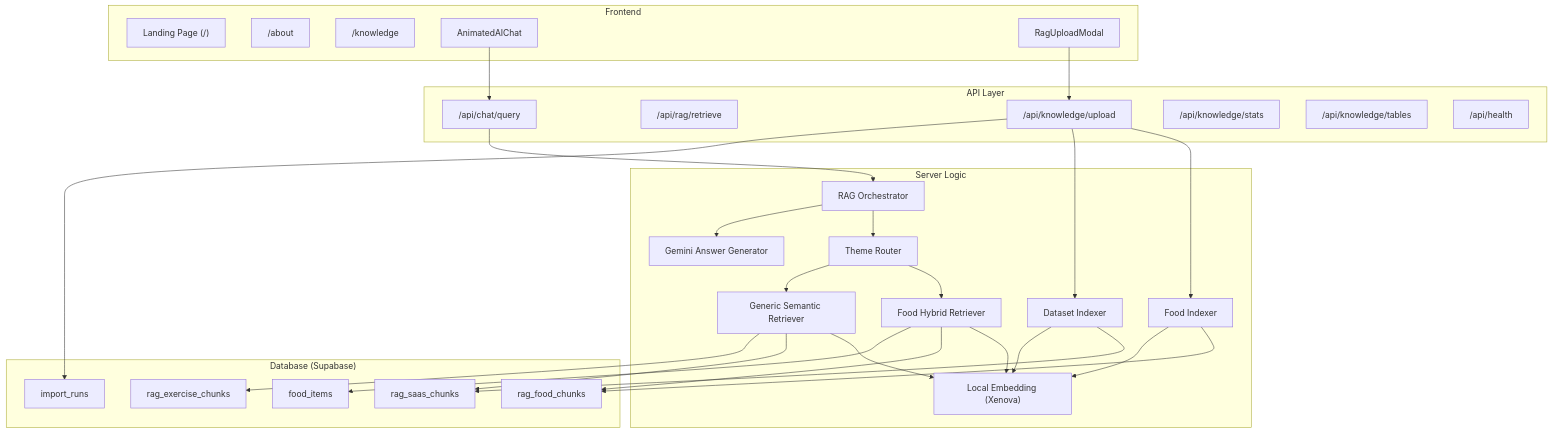
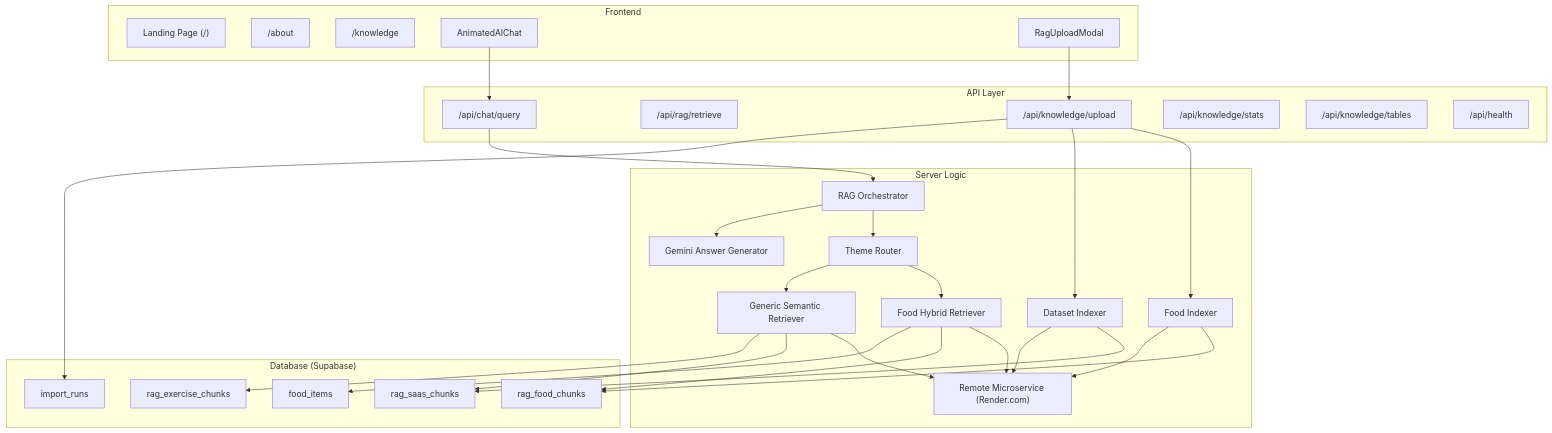
The diagram in docs/project-blueprint.md (SheroAbi/challenge-rag), drawn with Mermaid before and after one commit. The commit also changed other lines of this file and 4 other files, not shown here.

````diff
--- a/docs/project-blueprint.md
+++ b/docs/project-blueprint.md
@@ -9,57 +9,57 @@
 ```mermaid
 graph TB
     subgraph Frontend
         Landing["Landing Page (/)"]
         About["/about"]
         Knowledge["/knowledge"]
         Chat["AnimatedAIChat"]
         Upload["RagUploadModal"]
     end
 
     subgraph "API Layer"
         ChatAPI["/api/chat/query"]
         RetrieveAPI["/api/rag/retrieve"]
         UploadAPI["/api/knowledge/upload"]
         StatsAPI["/api/knowledge/stats"]
         TablesAPI["/api/knowledge/tables"]
         HealthAPI["/api/health"]
     end
 
     subgraph "Server Logic"
         Orchestrator["RAG Orchestrator"]
         ThemeRouter["Theme Router"]
         FoodRetriever["Food Hybrid Retriever"]
         GenericRetriever["Generic Semantic Retriever"]
         FoodIndexer["Food Indexer"]
         DatasetIndexer["Dataset Indexer"]
-        LocalEmbed["Local Embedding (Xenova)"]
+        RemoteEmbed["Remote Microservice (Render.com)"]
         GeminiGen["Gemini Answer Generator"]
     end
 
     subgraph "Database (Supabase)"
         FoodItems["food_items"]
         FoodChunks["rag_food_chunks"]
         SaasChunks["rag_saas_chunks"]
         ExerciseChunks["rag_exercise_chunks"]
         ImportRuns["import_runs"]
     end
 
     Chat --> ChatAPI --> Orchestrator
     Orchestrator --> ThemeRouter
     ThemeRouter --> FoodRetriever
     ThemeRouter --> GenericRetriever
-    FoodRetriever --> LocalEmbed
-    GenericRetriever --> LocalEmbed
+    FoodRetriever --> RemoteEmbed
+    GenericRetriever --> RemoteEmbed
     FoodRetriever --> FoodChunks
     FoodRetriever --> FoodItems
     GenericRetriever --> SaasChunks
     GenericRetriever --> ExerciseChunks
     Orchestrator --> GeminiGen
 
     Upload --> UploadAPI
     UploadAPI --> FoodIndexer --> FoodChunks
     UploadAPI --> DatasetIndexer --> SaasChunks
-    FoodIndexer --> LocalEmbed
-    DatasetIndexer --> LocalEmbed
+    FoodIndexer --> RemoteEmbed
+    DatasetIndexer --> RemoteEmbed
     UploadAPI --> ImportRuns
 ```
````
